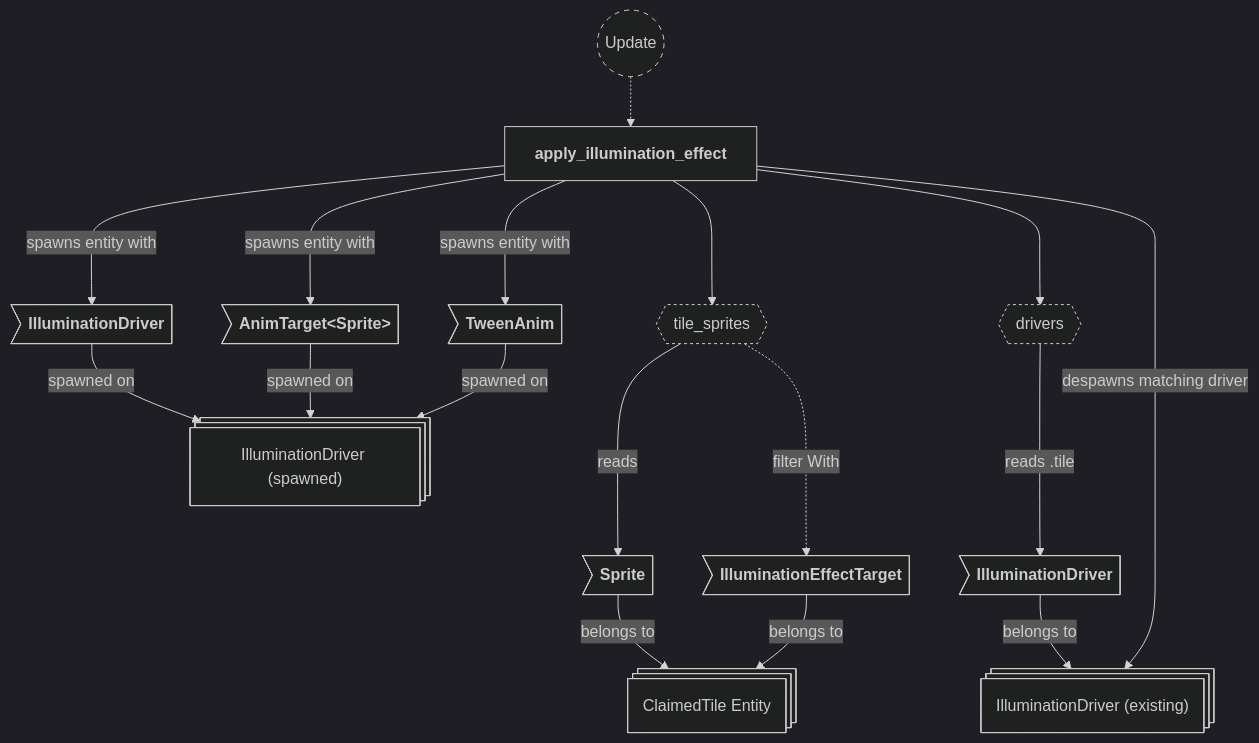
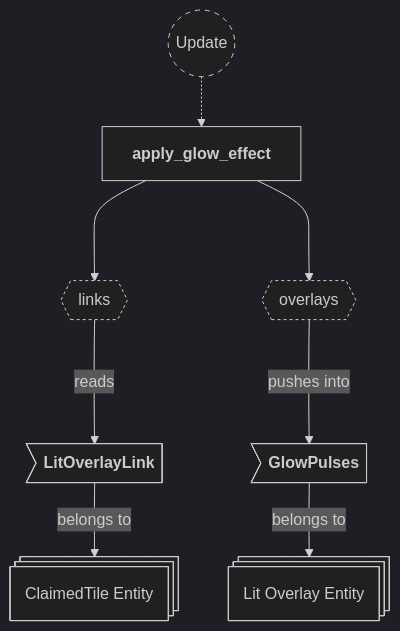
Diagram 24 of 29 in backlog/docs/doc-10 - 008-Effects-plugin.md (neurosoup/tyled), drawn with Mermaid before and after one commit. The commit also changed other lines of this file and 10 other files, not shown here.

First line of the commit message:
Feat: replace beam tile tint with a lit-overlay glow on tiles and floor

````diff
--- a/backlog/docs/doc-10 - 008-Effects-plugin.md
+++ b/backlog/docs/doc-10 - 008-Effects-plugin.md
@@ -1011,45 +1036,28 @@
 ```mermaid
 ---
 config:
   theme: dark
 ---
 
 flowchart TD
 classDef system-group stroke-dasharray: 5 5
 classDef query stroke-dasharray: 3 3
 
 update(("`Update`")):::system-group
-apply_illumination_effect["`**apply_illumination_effect**`"]
+apply_glow_effect["`**apply_glow_effect**`"]
 
-update -.-> apply_illumination_effect
+update -.-> apply_glow_effect
 
-tile_query{{"`tile_sprites`"}}:::query
-driver_query{{"`drivers`"}}:::query
-apply_illumination_effect ---> tile_query
-apply_illumination_effect ---> driver_query
+links_query{{"`links`"}}:::query
+overlays_query{{"`overlays`"}}:::query
+apply_glow_effect ---> links_query
+apply_glow_effect ---> overlays_query
 
 tile_entity@{ shape: st-rect, label: "ClaimedTile Entity" }
-te_sprite>"`**Sprite**`"] --> |belongs to| tile_entity
-te_marker>"`**IlluminationEffectTarget**`"] --> |belongs to| tile_entity
+te_link>"`**LitOverlayLink**`"] --> |belongs to| tile_entity
+links_query ---> |reads| te_link
 
-tile_query -..-> |filter With| te_marker
-tile_query ---> |reads| te_sprite
-
-driver_entity@{ shape: st-rect, label: "IlluminationDriver (existing)" }
-de_driver>"`**IlluminationDriver**`"] --> |belongs to| driver_entity
-driver_query ---> |reads .tile| de_driver
-apply_illumination_effect ---> |despawns matching driver| driver_entity
-
-new_driver_entity@{ shape: st-rect, label: "IlluminationDriver (spawned)" }
-nd_driver>"`**IlluminationDriver**`"]
-nd_anim_target>"`**AnimTarget#60;Sprite#62;**`"]
-nd_tween>"`**TweenAnim**`"]
-
-nd_driver --> |spawned on| new_driver_entity
-nd_anim_target --> |spawned on| new_driver_entity
-nd_tween --> |spawned on| new_driver_entity
-
-apply_illumination_effect ---> |spawns entity with| nd_driver
-apply_illumination_effect ---> |spawns entity with| nd_anim_target
-apply_illumination_effect ---> |spawns entity with| nd_tween
+overlay_entity@{ shape: st-rect, label: "Lit Overlay Entity" }
+oe_pulses>"`**GlowPulses**`"] --> |belongs to| overlay_entity
+overlays_query ---> |pushes into| oe_pulses
 ```
````
